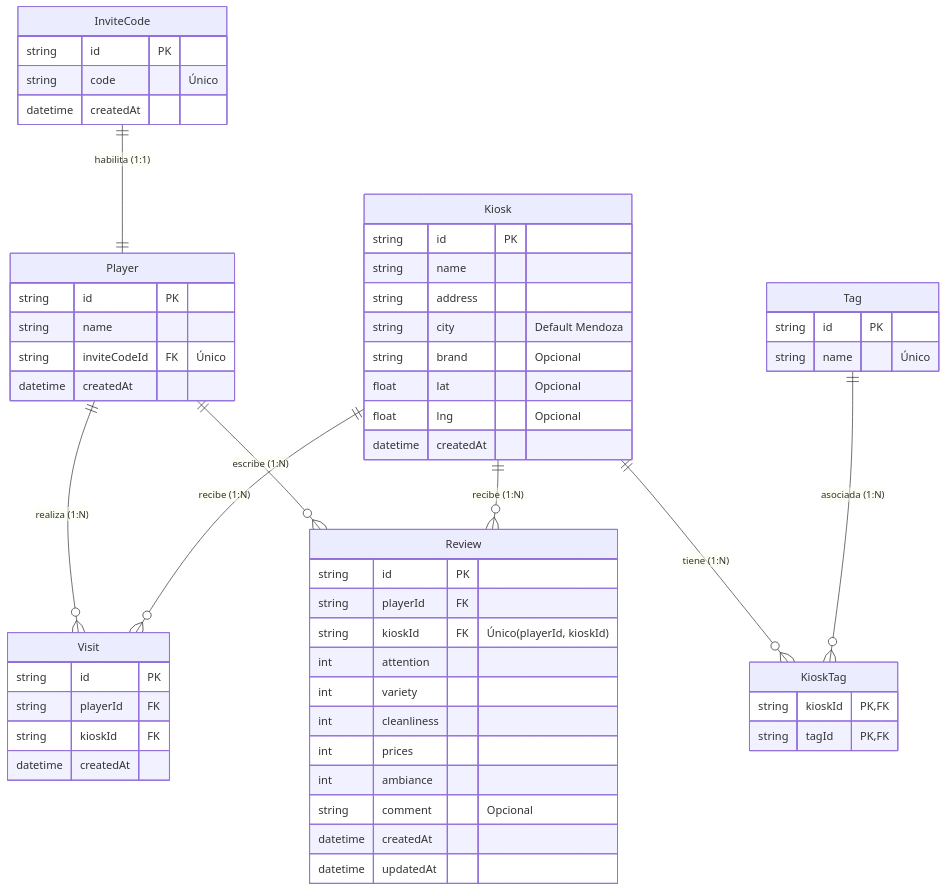
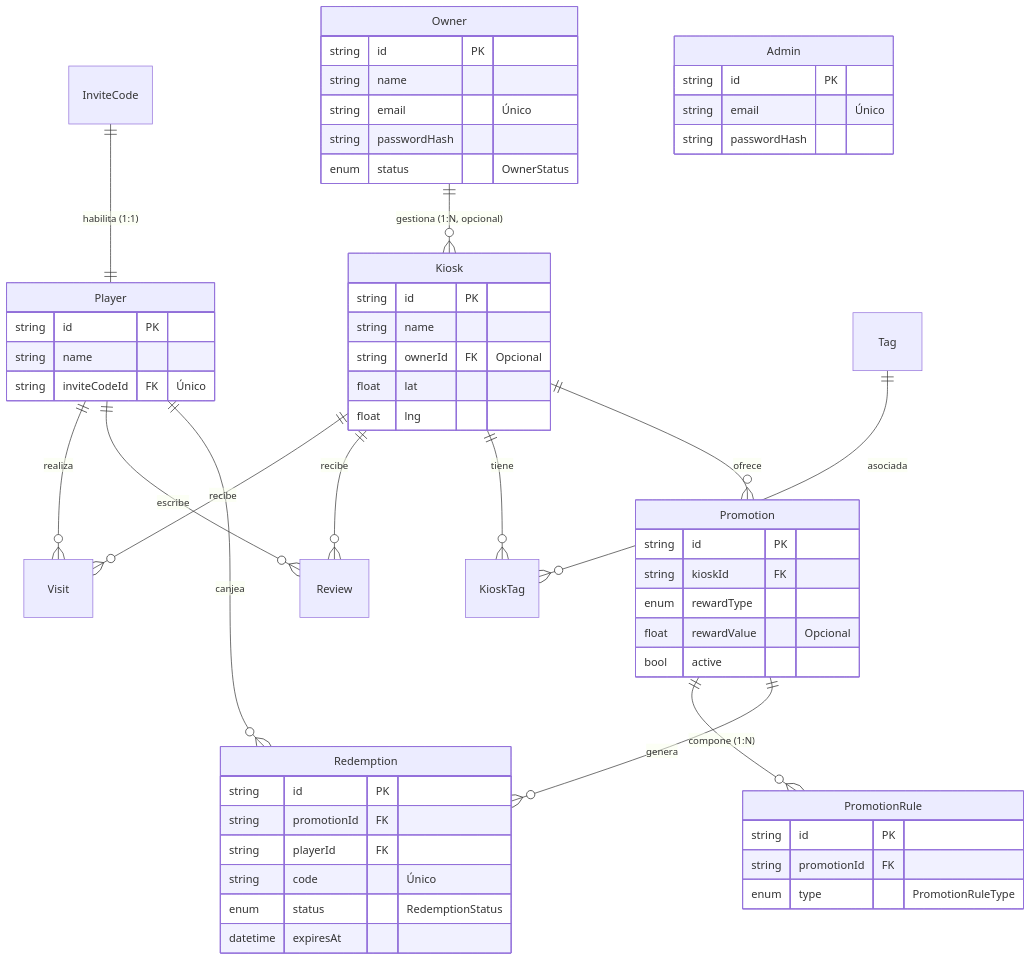
The diagram in docs/modelo-datos.md (UCH-LDS-2026/grupo-05), drawn with Mermaid before and after one commit. The commit also changed other lines of this file and 28 other files, not shown here.

````diff
--- a/docs/modelo-datos.md
+++ b/docs/modelo-datos.md
@@ -73,59 +84,60 @@
 ```mermaid
 erDiagram
     InviteCode ||--|| Player : "habilita (1:1)"
-    Player ||--o{ Visit : "realiza (1:N)"
-    Player ||--o{ Review : "escribe (1:N)"
-    Kiosk ||--o{ Visit : "recibe (1:N)"
-    Kiosk ||--o{ Review : "recibe (1:N)"
-    Kiosk ||--o{ KioskTag : "tiene (1:N)"
-    Tag ||--o{ KioskTag : "asociada (1:N)"
+    Owner ||--o{ Kiosk : "gestiona (1:N, opcional)"
+    Player ||--o{ Visit : "realiza"
+    Player ||--o{ Review : "escribe"
+    Player ||--o{ Redemption : "canjea"
+    Kiosk ||--o{ Visit : "recibe"
+    Kiosk ||--o{ Review : "recibe"
+    Kiosk ||--o{ KioskTag : "tiene"
+    Kiosk ||--o{ Promotion : "ofrece"
+    Tag ||--o{ KioskTag : "asociada"
+    Promotion ||--o{ PromotionRule : "compone (1:N)"
+    Promotion ||--o{ Redemption : "genera"
 
-    InviteCode {
-        string id PK
-        string code "Único"
-        datetime createdAt
-    }
     Player {
         string id PK
         string name
         string inviteCodeId FK "Único"
-        datetime createdAt
+    }
+    Owner {
+        string id PK
+        string name
+        string email "Único"
+        string passwordHash
+        enum status "OwnerStatus"
+    }
+    Admin {
+        string id PK
+        string email "Único"
+        string passwordHash
     }
     Kiosk {
         string id PK
         string name
-        string address
-        string city "Default Mendoza"
-        string brand "Opcional"
-        float lat "Opcional"
-        float lng "Opcional"
-        datetime createdAt
+        string ownerId FK "Opcional"
+        float lat
+        float lng
     }
-    Tag {
+    Promotion {
         string id PK
-        string name "Único"
+        string kioskId FK
+        enum rewardType
+        float rewardValue "Opcional"
+        bool active
     }
-    KioskTag {
-        string kioskId PK, FK
-        string tagId PK, FK
+    PromotionRule {
+        string id PK
+        string promotionId FK
+        enum type "PromotionRuleType"
     }
-    Visit {
+    Redemption {
         string id PK
+        string promotionId FK
         string playerId FK
-        string kioskId FK
-        datetime createdAt
-    }
-    Review {
-        string id PK
-        string playerId FK
-        string kioskId FK "Único(playerId, kioskId)"
-        int attention
-        int variety
-        int cleanliness
-        int prices
-        int ambiance
-        string comment "Opcional"
-        datetime createdAt
-        datetime updatedAt
+        string code "Único"
+        enum status "RedemptionStatus"
+        datetime expiresAt
     }
 ```
````
